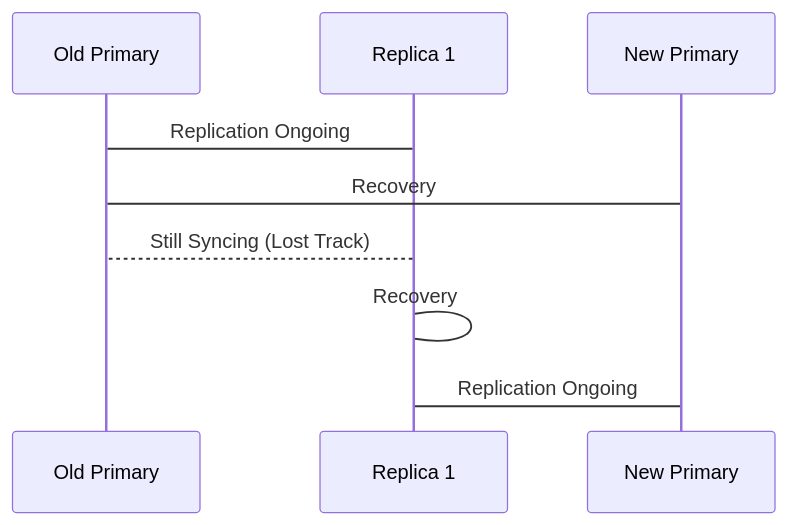
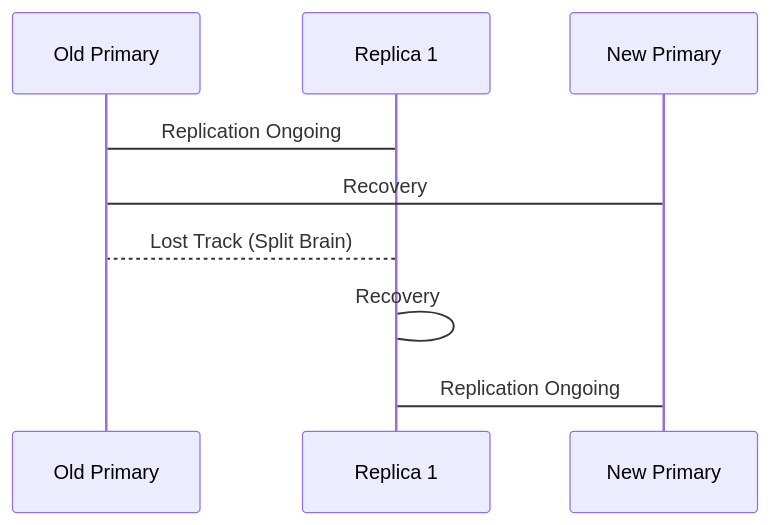
The third of 3 diagrams in StatefulWorkloads.md (pampatzoglou/articles), drawn with Mermaid before and after one commit. The commit also changed other lines of this file, not shown here.

````diff
--- a/StatefulWorkloads.md
+++ b/StatefulWorkloads.md
@@ -661,13 +644,13 @@
 ```mermaid
 sequenceDiagram
 
 Participant Old Primary
 Participant Replica 1
 Participant New Primary
 
 Replica 1 -> Old Primary: Replication Ongoing
 Old Primary -> New Primary: Recovery
-Replica 1 --> Old Primary: Still Syncing (Lost Track)
+Replica 1 --> Old Primary: Lost Track (Split Brain)
 Replica 1 -> Replica 1: Recovery
 Replica 1 -> New Primary: Replication Ongoing
 ```
````
